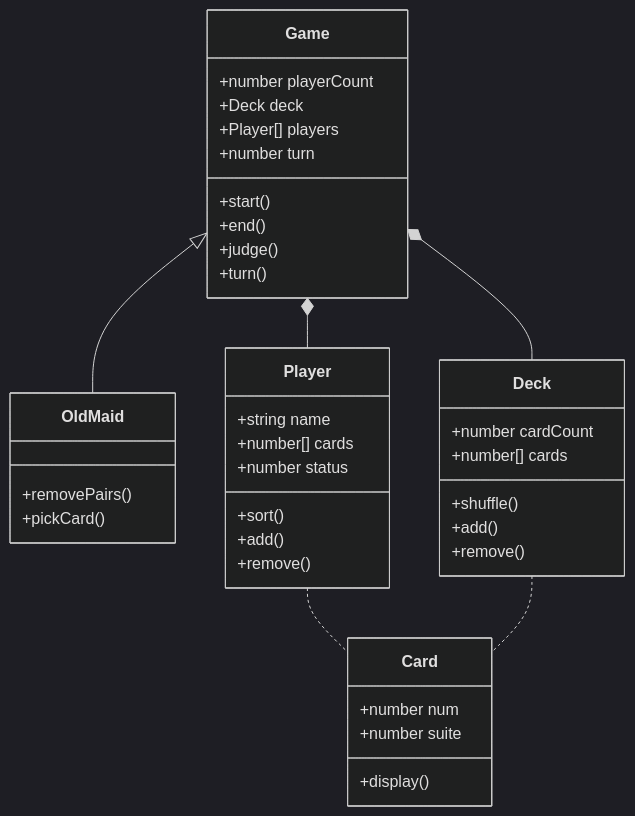
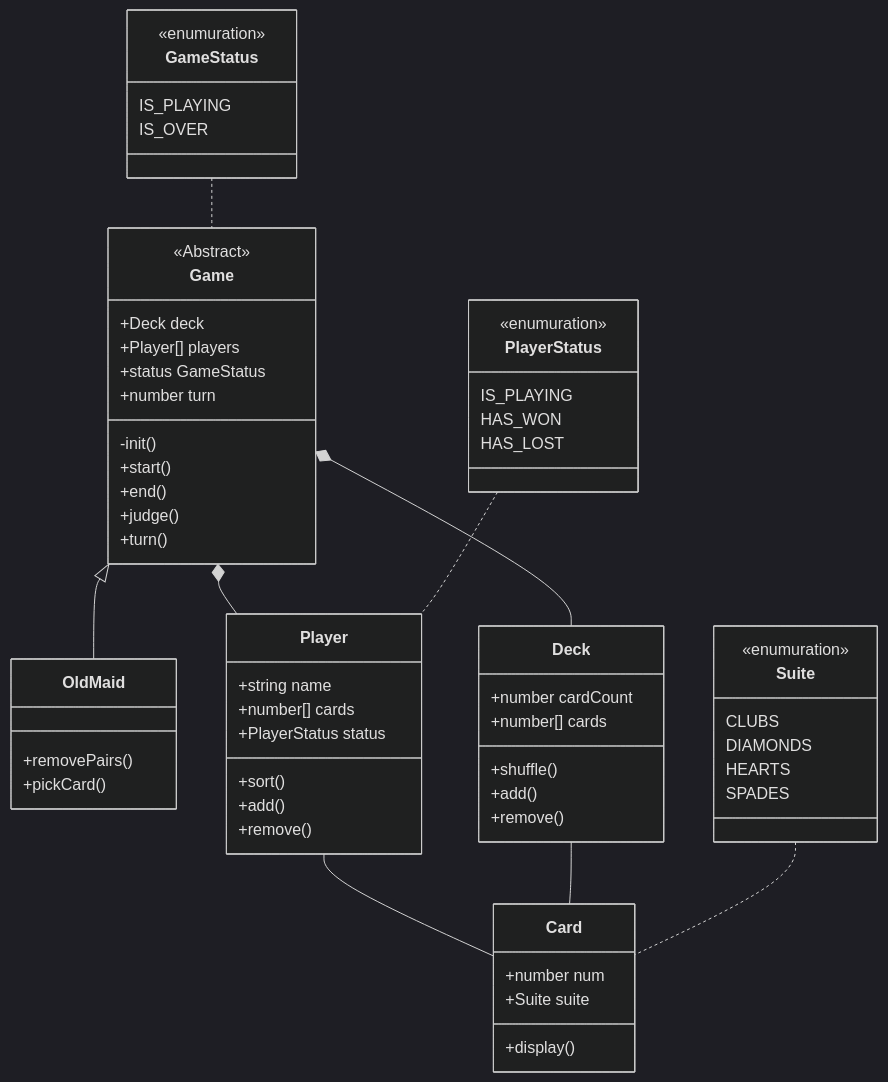
One commit to shyamajp/games changed the diagram in architecture.md. Above: the diagram before and after it, drawn with Mermaid (dark theme).

Commit message:
add enums

````diff
--- a/architecture.md
+++ b/architecture.md
@@ -7,42 +7,65 @@
 ```mermaid
 classDiagram
     Game <|-- OldMaid
     Game *-- Player
     Game *-- Deck
-    Player .. Card
-    Deck .. Card
+    Player -- Card
+    Deck -- Card
+    Suite .. Card
+    PlayerStatus .. Player
+    GameStatus .. Game
     class Player{
         +string name
         +number[] cards
-        +number status
+        +PlayerStatus status
         +sort()
         +add()
         +remove()
     }
     class Deck {
         +number cardCount
         +number[] cards
         +shuffle()
         +add()
         +remove()
     }
     class Game {
-        +number playerCount
+        <<Abstract>>
         +Deck deck
         +Player[] players
+        +status GameStatus
         +number turn
+        -init()
         +start()
         +end()
         +judge()
         +turn()
     }
     class OldMaid {
         +removePairs()
         +pickCard()
     }
-    class Card{
+    class Card {
         +number num
-        +number suite
+        +Suite suite
         +display()
     }
+    class Suite {
+        <<enumuration>>
+        CLUBS
+        DIAMONDS
+        HEARTS
+        SPADES
+    }
+    class PlayerStatus {
+        <<enumuration>>
+        IS_PLAYING
+        HAS_WON
+        HAS_LOST
+    }
+    class GameStatus {
+        <<enumuration>>
+        IS_PLAYING
+        IS_OVER
+    }
 ```
````
